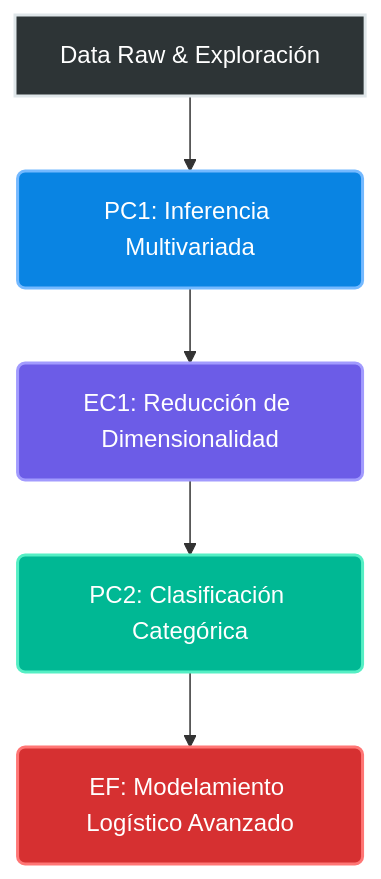
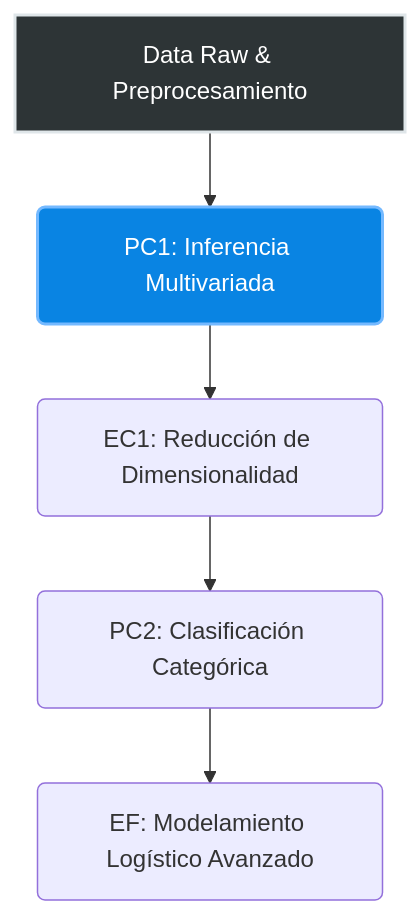
One commit to joseluis02678/Applied-Multivariate-Analysis changed the diagram in README.md. Above: the diagram before and after it, drawn with Mermaid. The commit also changed other lines of this file, not shown here.

````diff
--- a/README.md
+++ b/README.md
@@ -25,13 +19,10 @@
 ```mermaid
 graph TD
-    A[Data Raw & Exploración] --> B(PC1: Inferencia Multivariada)
+    A[Data Raw & Preprocesamiento] --> B(PC1: Inferencia Multivariada)
     B --> C(EC1: Reducción de Dimensionalidad)
     C --> D(PC2: Clasificación Categórica)
     D --> E(EF: Modelamiento Logístico Avanzado)
     
     style A fill:#2d3436,stroke:#dfe6e9,stroke-width:2px,color:#fff
     style B fill:#0984e3,stroke:#74b9ff,stroke-width:2px,color:#fff
-    style C fill:#6c5ce7,stroke:#a29bfe,stroke-width:2px,color:#fff
-    style D fill:#00b894,stroke:#55efc4,stroke-width:2px,color:#fff
-    style E fill:#d63031,stroke:#ff7675,stroke-width:2px,color:#fff
 ```
````
